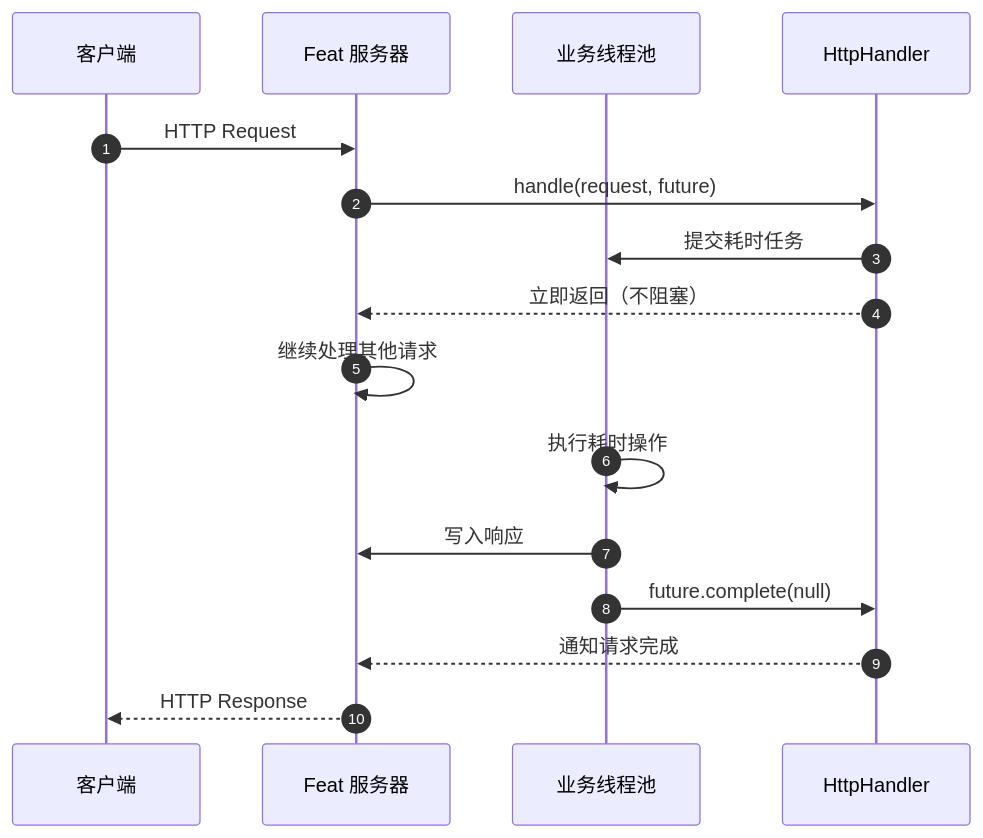
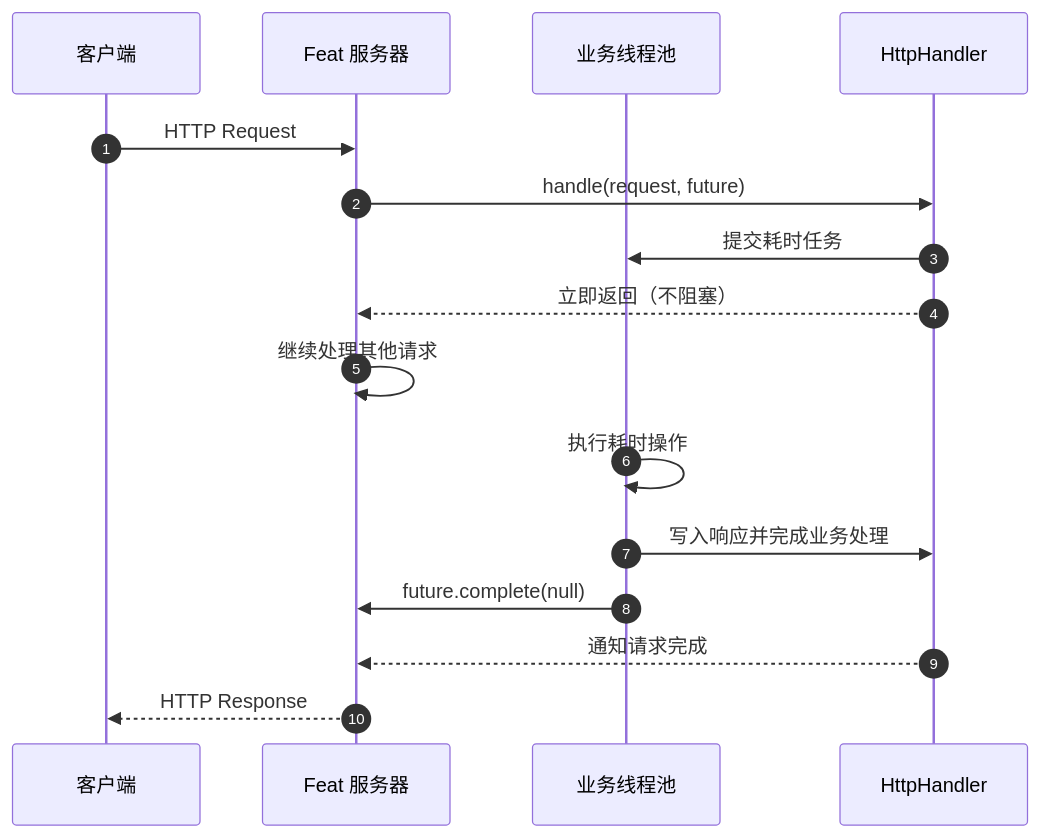
One commit to smartboot/feat changed the diagram in pages/src/content/docs/server/async.mdx. Above: the diagram before and after it, drawn with Mermaid. The commit also changed other lines of this file, not shown here.

````diff
--- a/pages/src/content/docs/server/async.mdx
+++ b/pages/src/content/docs/server/async.mdx
@@ -131,21 +141,21 @@
 ```mermaid
 sequenceDiagram
     autonumber
     participant Client as 客户端
     participant Feat as Feat 服务器
     participant ThreadPool as 业务线程池
     participant Handler as HttpHandler
 
     Client->>Feat: HTTP Request
     Feat->>Handler: handle(request, future)
     Handler->>ThreadPool: 提交耗时任务
     Handler-->>Feat: 立即返回（不阻塞）
     
     Feat->>Feat: 继续处理其他请求
     
     ThreadPool->>ThreadPool: 执行耗时操作
-    ThreadPool->>Feat: 写入响应
-    ThreadPool->>Handler: future.complete(null)
+    ThreadPool->>Handler: 写入响应并完成业务处理
+    ThreadPool->>Feat: future.complete(null)
     Handler-->>Feat: 通知请求完成
     Feat-->>Client: HTTP Response
 ```
````
